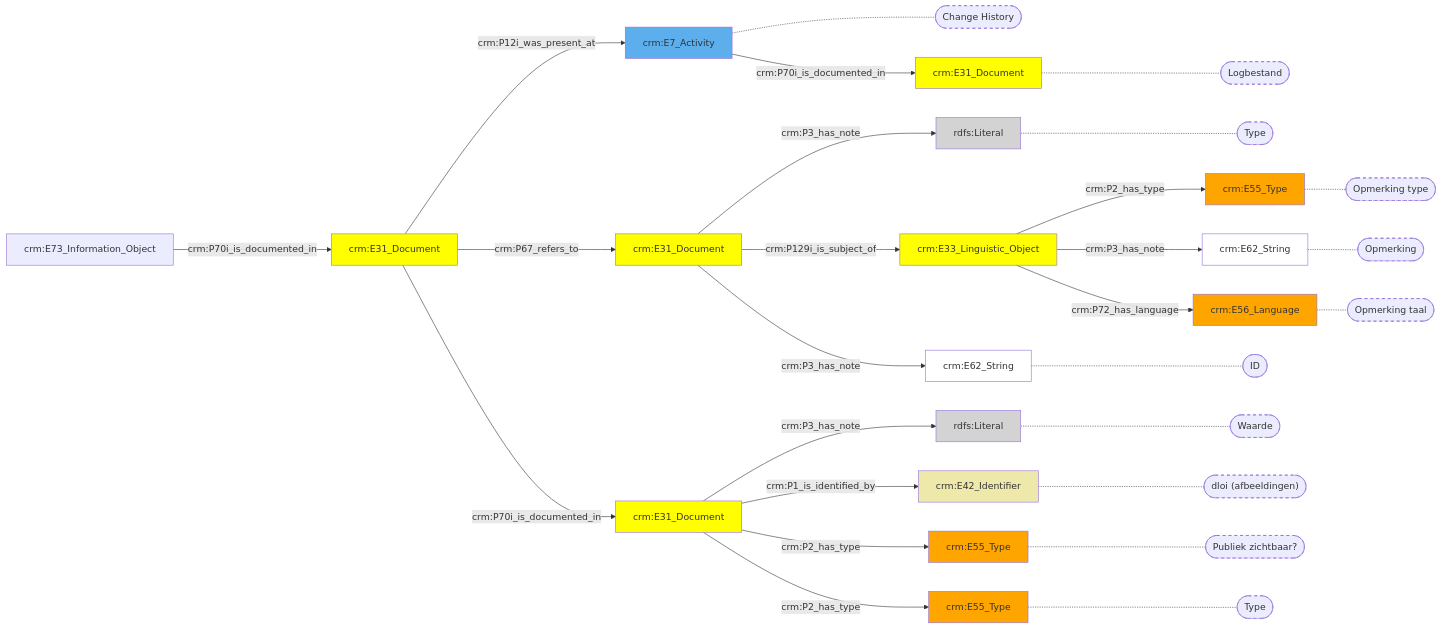
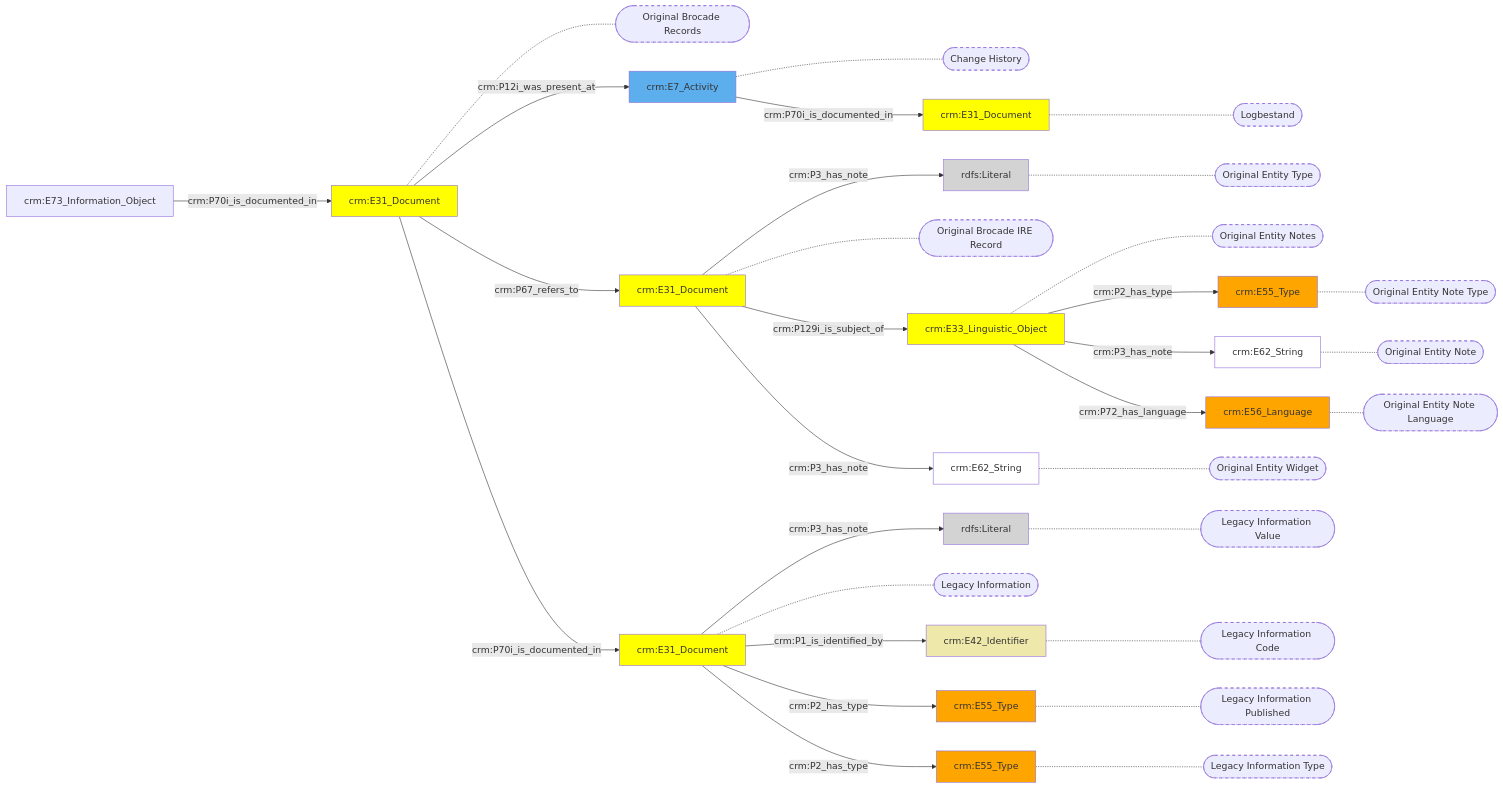
One commit to digipolisantwerpdocumentation/antwerp-cultureel-erfgoed changed the diagram in docs/content/modellen/ArchiefItemImmaterieel/LegacyInformatie.md. Above: the diagram before and after it, drawn with Mermaid. The commit also changed 167 other files, not shown here.

````diff
--- a/docs/content/modellen/ArchiefItemImmaterieel/LegacyInformatie.md
+++ b/docs/content/modellen/ArchiefItemImmaterieel/LegacyInformatie.md
@@ -1,55 +1,63 @@
 ```mermaid
 graph LR
 2f629f50-a5fe-11ec-b19f-9cf387da2c40["crm:E31_Document"]-->|"crm:P3_has_note"|2f637f92-a5fe-11ec-b19f-9cf387da2c40(rdfs:Literal)
 2f631e76-a5fe-11ec-b19f-9cf387da2c40["crm:E31_Document"]-->|"crm:P3_has_note"|299f1d20-7c6f-11ed-b806-960000f945b2(rdfs:Literal)
 07babb0e-b4d6-11ec-9349-9cf387da2c40["crm:E31_Document"]-.-07babb0e-b4d6-11ec-9349-9cf387da2c40_s(["Logbestand"])
-2f63aed6-a5fe-11ec-b19f-9cf387da2c40["crm:E42_Identifier"]-.-2f63aed6-a5fe-11ec-b19f-9cf387da2c40_s(["dloi (afbeeldingen)"])
-2f637ef2-a5fe-11ec-b19f-9cf387da2c40["crm:E55_Type"]-.-2f637ef2-a5fe-11ec-b19f-9cf387da2c40_s(["Publiek zichtbaar?"])
-2f638028-a5fe-11ec-b19f-9cf387da2c40["crm:E55_Type"]-.-2f638028-a5fe-11ec-b19f-9cf387da2c40_s(["Type"])
-2f637f92-a5fe-11ec-b19f-9cf387da2c40["rdfs:Literal"]-.-2f637f92-a5fe-11ec-b19f-9cf387da2c40_s(["Waarde"])
+2f63aed6-a5fe-11ec-b19f-9cf387da2c40["crm:E42_Identifier"]-.-2f63aed6-a5fe-11ec-b19f-9cf387da2c40_s(["Legacy Information Code"])
+2f637ef2-a5fe-11ec-b19f-9cf387da2c40["crm:E55_Type"]-.-2f637ef2-a5fe-11ec-b19f-9cf387da2c40_s(["Legacy Information Published"])
+2f638028-a5fe-11ec-b19f-9cf387da2c40["crm:E55_Type"]-.-2f638028-a5fe-11ec-b19f-9cf387da2c40_s(["Legacy Information Type"])
+2f637f92-a5fe-11ec-b19f-9cf387da2c40["rdfs:Literal"]-.-2f637f92-a5fe-11ec-b19f-9cf387da2c40_s(["Legacy Information Value"])
 07bab76c-b4d6-11ec-9349-9cf387da2c40["crm:E7_Activity"]-.-07bab76c-b4d6-11ec-9349-9cf387da2c40_s(["Change History"])
-299f1d20-7c6f-11ed-b806-960000f945b2["rdfs:Literal"]-.-299f1d20-7c6f-11ed-b806-960000f945b2_s(["Type"])
-2f639d60-a5fe-11ec-b19f-9cf387da2c40["crm:E62_String"]-.-2f639d60-a5fe-11ec-b19f-9cf387da2c40_s(["ID"])
-2f63a44a-a5fe-11ec-b19f-9cf387da2c40["crm:E55_Type"]-.-2f63a44a-a5fe-11ec-b19f-9cf387da2c40_s(["Opmerking type"])
-2f63a3aa-a5fe-11ec-b19f-9cf387da2c40["crm:E62_String"]-.-2f63a3aa-a5fe-11ec-b19f-9cf387da2c40_s(["Opmerking"])
-2f63a4ea-a5fe-11ec-b19f-9cf387da2c40["crm:E56_Language"]-.-2f63a4ea-a5fe-11ec-b19f-9cf387da2c40_s(["Opmerking taal"])
-style 07babb0e-b4d6-11ec-9349-9cf387da2c40_s stroke-dasharray: 5
-style 2f63aed6-a5fe-11ec-b19f-9cf387da2c40_s stroke-dasharray: 5
-style 2f637ef2-a5fe-11ec-b19f-9cf387da2c40_s stroke-dasharray: 5
-style 2f638028-a5fe-11ec-b19f-9cf387da2c40_s stroke-dasharray: 5
-style 2f637f92-a5fe-11ec-b19f-9cf387da2c40_s stroke-dasharray: 5
-style 07bab76c-b4d6-11ec-9349-9cf387da2c40_s stroke-dasharray: 5
-style 299f1d20-7c6f-11ed-b806-960000f945b2_s stroke-dasharray: 5
-style 2f639d60-a5fe-11ec-b19f-9cf387da2c40_s stroke-dasharray: 5
-style 2f63a44a-a5fe-11ec-b19f-9cf387da2c40_s stroke-dasharray: 5
-style 2f63a3aa-a5fe-11ec-b19f-9cf387da2c40_s stroke-dasharray: 5
-style 2f63a4ea-a5fe-11ec-b19f-9cf387da2c40_s stroke-dasharray: 5
+2f631e76-a5fe-11ec-b19f-9cf387da2c40["crm:E31_Document"]-.-2f631e76-a5fe-11ec-b19f-9cf387da2c40_s(["Original Brocade IRE Record"])
+2f629f50-a5fe-11ec-b19f-9cf387da2c40["crm:E31_Document"]-.-2f629f50-a5fe-11ec-b19f-9cf387da2c40_s(["Legacy Information"])
+2f63a30a-a5fe-11ec-b19f-9cf387da2c40["crm:E33_Linguistic_Object"]-.-2f63a30a-a5fe-11ec-b19f-9cf387da2c40_s(["Original Entity Notes"])
+299f1d20-7c6f-11ed-b806-960000f945b2["rdfs:Literal"]-.-299f1d20-7c6f-11ed-b806-960000f945b2_s(["Original Entity Type"])
+2f639d60-a5fe-11ec-b19f-9cf387da2c40["crm:E62_String"]-.-2f639d60-a5fe-11ec-b19f-9cf387da2c40_s(["Original Entity Widget"])
+2f63a44a-a5fe-11ec-b19f-9cf387da2c40["crm:E55_Type"]-.-2f63a44a-a5fe-11ec-b19f-9cf387da2c40_s(["Original Entity Note Type"])
+2f63a3aa-a5fe-11ec-b19f-9cf387da2c40["crm:E62_String"]-.-2f63a3aa-a5fe-11ec-b19f-9cf387da2c40_s(["Original Entity Note"])
+2f63a4ea-a5fe-11ec-b19f-9cf387da2c40["crm:E56_Language"]-.-2f63a4ea-a5fe-11ec-b19f-9cf387da2c40_s(["Original Entity Note Language"])
+2f63173c-a5fe-11ec-b19f-9cf387da2c40["crm:E31_Document"]-.-2f63173c-a5fe-11ec-b19f-9cf387da2c40_s(["Original Brocade Records"])
 07bab76c-b4d6-11ec-9349-9cf387da2c40["crm:E7_Activity"]-->|"crm:P70i_is_documented_in"|07babb0e-b4d6-11ec-9349-9cf387da2c40["crm:E31_Document"]
 2f629f50-a5fe-11ec-b19f-9cf387da2c40["crm:E31_Document"]-->|"crm:P1_is_identified_by"|2f63aed6-a5fe-11ec-b19f-9cf387da2c40["crm:E42_Identifier"]
 2f629f50-a5fe-11ec-b19f-9cf387da2c40["crm:E31_Document"]-->|"crm:P2_has_type"|2f637ef2-a5fe-11ec-b19f-9cf387da2c40["crm:E55_Type"]
 2f629f50-a5fe-11ec-b19f-9cf387da2c40["crm:E31_Document"]-->|"crm:P2_has_type"|2f638028-a5fe-11ec-b19f-9cf387da2c40["crm:E55_Type"]
 2f63173c-a5fe-11ec-b19f-9cf387da2c40["crm:E31_Document"]-->|"crm:P12i_was_present_at"|07bab76c-b4d6-11ec-9349-9cf387da2c40["crm:E7_Activity"]
 2f63173c-a5fe-11ec-b19f-9cf387da2c40["crm:E31_Document"]-->|"crm:P67_refers_to"|2f631e76-a5fe-11ec-b19f-9cf387da2c40["crm:E31_Document"]
 2f63173c-a5fe-11ec-b19f-9cf387da2c40["crm:E31_Document"]-->|"crm:P70i_is_documented_in"|2f629f50-a5fe-11ec-b19f-9cf387da2c40["crm:E31_Document"]
 2f631e76-a5fe-11ec-b19f-9cf387da2c40["crm:E31_Document"]-->|"crm:P129i_is_subject_of"|2f63a30a-a5fe-11ec-b19f-9cf387da2c40["crm:E33_Linguistic_Object"]
 2f631e76-a5fe-11ec-b19f-9cf387da2c40["crm:E31_Document"]-->|"crm:P3_has_note"|2f639d60-a5fe-11ec-b19f-9cf387da2c40["crm:E62_String"]
 2f63a30a-a5fe-11ec-b19f-9cf387da2c40["crm:E33_Linguistic_Object"]-->|"crm:P2_has_type"|2f63a44a-a5fe-11ec-b19f-9cf387da2c40["crm:E55_Type"]
 2f63a30a-a5fe-11ec-b19f-9cf387da2c40["crm:E33_Linguistic_Object"]-->|"crm:P3_has_note"|2f63a3aa-a5fe-11ec-b19f-9cf387da2c40["crm:E62_String"]
 2f63a30a-a5fe-11ec-b19f-9cf387da2c40["crm:E33_Linguistic_Object"]-->|"crm:P72_has_language"|2f63a4ea-a5fe-11ec-b19f-9cf387da2c40["crm:E56_Language"]
 2f63ae40-a5fe-11ec-b19f-9cf387da2c40["crm:E73_Information_Object"]-->|"crm:P70i_is_documented_in"|2f63173c-a5fe-11ec-b19f-9cf387da2c40["crm:E31_Document"]
 style 07bab76c-b4d6-11ec-9349-9cf387da2c40 fill:#5DAEEC
 style 07babb0e-b4d6-11ec-9349-9cf387da2c40 fill:#ffff00
 style 299f1d20-7c6f-11ed-b806-960000f945b2 fill:#D3D3D3
 style 2f629f50-a5fe-11ec-b19f-9cf387da2c40 fill:#ffff00
 style 2f63173c-a5fe-11ec-b19f-9cf387da2c40 fill:#ffff00
 style 2f631e76-a5fe-11ec-b19f-9cf387da2c40 fill:#ffff00
 style 2f637ef2-a5fe-11ec-b19f-9cf387da2c40 fill:#ffa500
 style 2f637f92-a5fe-11ec-b19f-9cf387da2c40 fill:#D3D3D3
 style 2f638028-a5fe-11ec-b19f-9cf387da2c40 fill:#ffa500
 style 2f639d60-a5fe-11ec-b19f-9cf387da2c40 fill:#ffffff
 style 2f63a30a-a5fe-11ec-b19f-9cf387da2c40 fill:#ffff00
 style 2f63a3aa-a5fe-11ec-b19f-9cf387da2c40 fill:#ffffff
 style 2f63a44a-a5fe-11ec-b19f-9cf387da2c40 fill:#ffa500
 style 2f63a4ea-a5fe-11ec-b19f-9cf387da2c40 fill:#ffa500
 style 2f63aed6-a5fe-11ec-b19f-9cf387da2c40 fill:#EEE8AA
+style 07babb0e-b4d6-11ec-9349-9cf387da2c40_s stroke-dasharray: 5
+style 2f63aed6-a5fe-11ec-b19f-9cf387da2c40_s stroke-dasharray: 5
+style 2f637ef2-a5fe-11ec-b19f-9cf387da2c40_s stroke-dasharray: 5
+style 2f638028-a5fe-11ec-b19f-9cf387da2c40_s stroke-dasharray: 5
+style 2f637f92-a5fe-11ec-b19f-9cf387da2c40_s stroke-dasharray: 5
+style 07bab76c-b4d6-11ec-9349-9cf387da2c40_s stroke-dasharray: 5
+style 2f631e76-a5fe-11ec-b19f-9cf387da2c40_s stroke-dasharray: 5
+style 2f629f50-a5fe-11ec-b19f-9cf387da2c40_s stroke-dasharray: 5
+style 2f63a30a-a5fe-11ec-b19f-9cf387da2c40_s stroke-dasharray: 5
+style 299f1d20-7c6f-11ed-b806-960000f945b2_s stroke-dasharray: 5
+style 2f639d60-a5fe-11ec-b19f-9cf387da2c40_s stroke-dasharray: 5
+style 2f63a44a-a5fe-11ec-b19f-9cf387da2c40_s stroke-dasharray: 5
+style 2f63a3aa-a5fe-11ec-b19f-9cf387da2c40_s stroke-dasharray: 5
+style 2f63a4ea-a5fe-11ec-b19f-9cf387da2c40_s stroke-dasharray: 5
+style 2f63173c-a5fe-11ec-b19f-9cf387da2c40_s stroke-dasharray: 5
 ```
````
